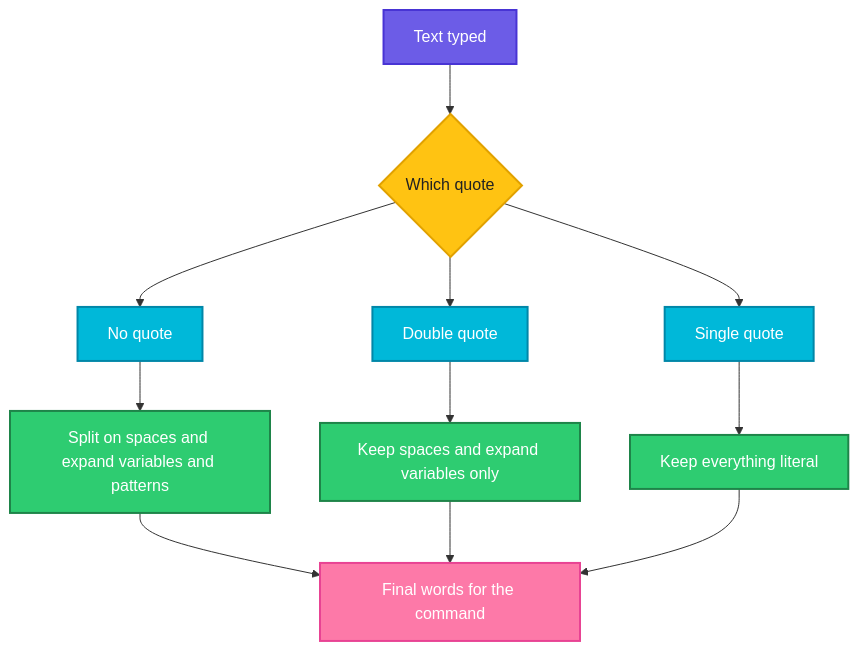
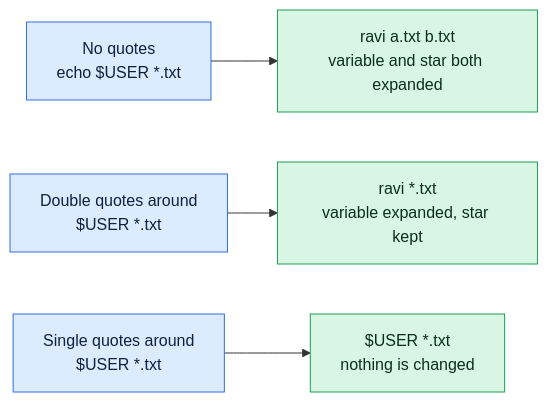
Before and after one commit to codeKerdosTech/DevOps-Documentation: the diagram in linux/fundamentals/07-quoting.md, drawn with Mermaid. The commit also changed other lines of this file and 165 other files, not shown here.

Commit message:
updated diagrams in linux

````diff
--- a/linux/fundamentals/07-quoting.md
+++ b/linux/fundamentals/07-quoting.md
@@ -16,23 +16,13 @@
 ```mermaid
-flowchart TD
-    A[Text typed] --> B{Which quote}
-    B --> C[No quote]
-    B --> D[Double quote]
-    B --> E[Single quote]
-    C --> F[Split on spaces and expand variables and patterns]
-    D --> G[Keep spaces and expand variables only]
-    E --> H[Keep everything literal]
-    F --> I[Final words for the command]
-    G --> I
-    H --> I
-    classDef start fill:#6C5CE7,stroke:#4834D4,stroke-width:2px,color:#fff
-    classDef proc fill:#00B8D9,stroke:#0087A8,stroke-width:2px,color:#fff
-    classDef dec fill:#FFC312,stroke:#E1A100,stroke-width:2px,color:#222
-    classDef ok fill:#2ECC71,stroke:#1E8449,stroke-width:2px,color:#fff
-    classDef out fill:#FD79A8,stroke:#E84393,stroke-width:2px,color:#fff
-    class A start
-    class B dec
-    class C,D,E proc
-    class F,G,H ok
-    class I out
+flowchart LR
+    i1[No quotes<br/>echo $USER *.txt] --> o1[ravi a.txt b.txt<br/>variable and star both expanded]
+    i2[Double quotes around<br/>$USER *.txt] --> o2[ravi *.txt<br/>variable expanded, star kept]
+    i3[Single quotes around<br/>$USER *.txt] --> o3[$USER *.txt<br/>nothing is changed]
+    classDef inp fill:#DCEBFF,stroke:#2F6FDE,color:#10213F
+    classDef cmd fill:#FFF0C2,stroke:#C98A00,color:#3A2A00
+    classDef out fill:#D9F5E3,stroke:#1F9D55,color:#0B2E1A
+    classDef bad fill:#FDE0E0,stroke:#D13B3B,color:#4A0F0F
+    classDef note fill:#ECEFF3,stroke:#7B8794,color:#1F2933
+    class i1,i2,i3 inp
+    class o1,o2,o3 out
 ```
````
